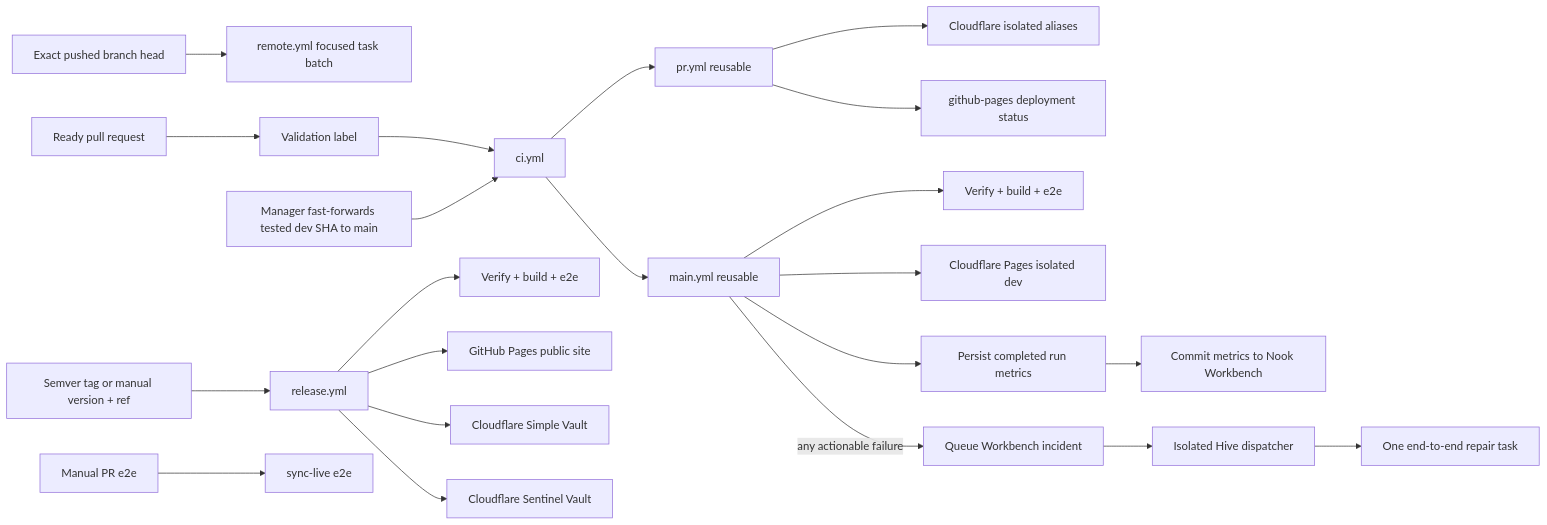
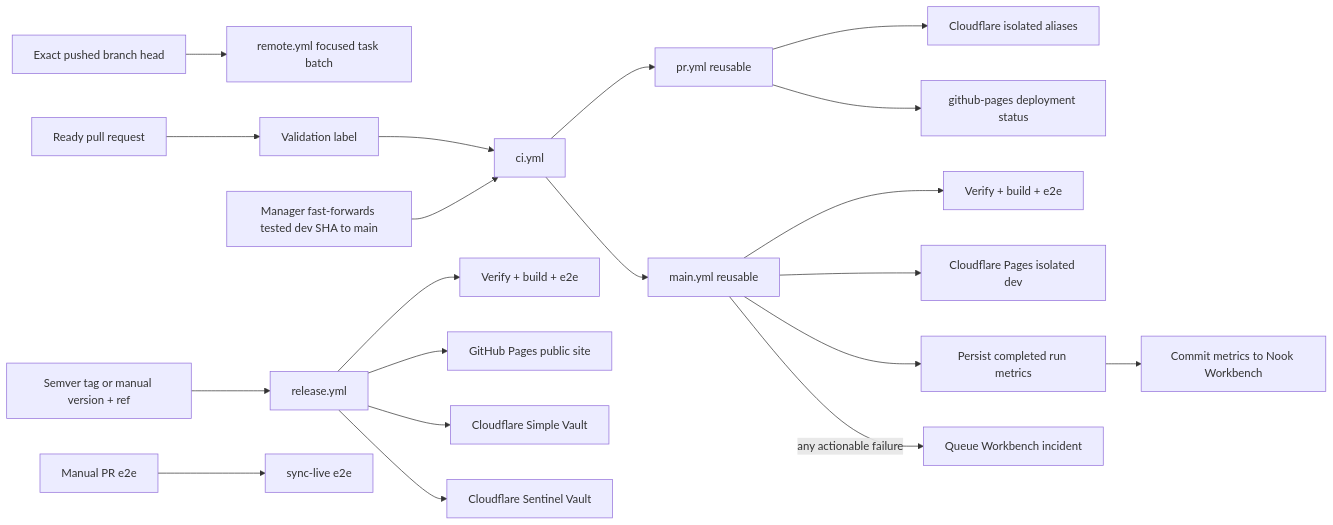
The diagram in .cortex/teams/sre/workflows/ci-pipeline.md (meta-secret/nook), drawn with Mermaid before and after one commit. The commit also changed other lines of this file and 73 other files, not shown here.

````diff
--- a/.cortex/teams/sre/workflows/ci-pipeline.md
+++ b/.cortex/teams/sre/workflows/ci-pipeline.md
@@ -255,28 +245,26 @@
 ```mermaid
 flowchart LR
   branch[Exact pushed branch head] --> remote_yml[remote.yml focused task batch]
   PR[Ready pull request] --> label[Validation label]
   label --> ci_yml[ci.yml]
   ci_yml --> pr_yml[pr.yml reusable]
   pr_yml --> preview[Cloudflare isolated aliases]
   pr_yml --> pr_deployment[github-pages deployment status]
 
   merge[Manager fast-forwards tested dev SHA to main] --> ci_yml
   ci_yml --> main_yml[main.yml reusable]
   main_yml --> main_verify[Verify + build + e2e]
   main_yml --> cf_dev[Cloudflare Pages isolated dev]
   main_yml --> main_stats[Persist completed run metrics]
   main_stats --> workbench_stats[Commit metrics to Nook Workbench]
   main_yml -->|any actionable failure| main_failure[Queue Workbench incident]
-  main_failure --> hive_dispatcher[Isolated Hive dispatcher]
-  hive_dispatcher --> hive_worker[One end-to-end repair task]
 
   release[Semver tag or manual version + ref] --> release_yml[release.yml]
   release_yml --> release_verify[Verify + build + e2e]
   release_yml --> pages[GitHub Pages public site]
   release_yml --> simple_cf[Cloudflare Simple Vault]
   release_yml --> sentinel_cf[Cloudflare Sentinel Vault]
 
   manual_e2e[Manual PR e2e] --> e2e_live[sync-live e2e]
 
 ```
````
